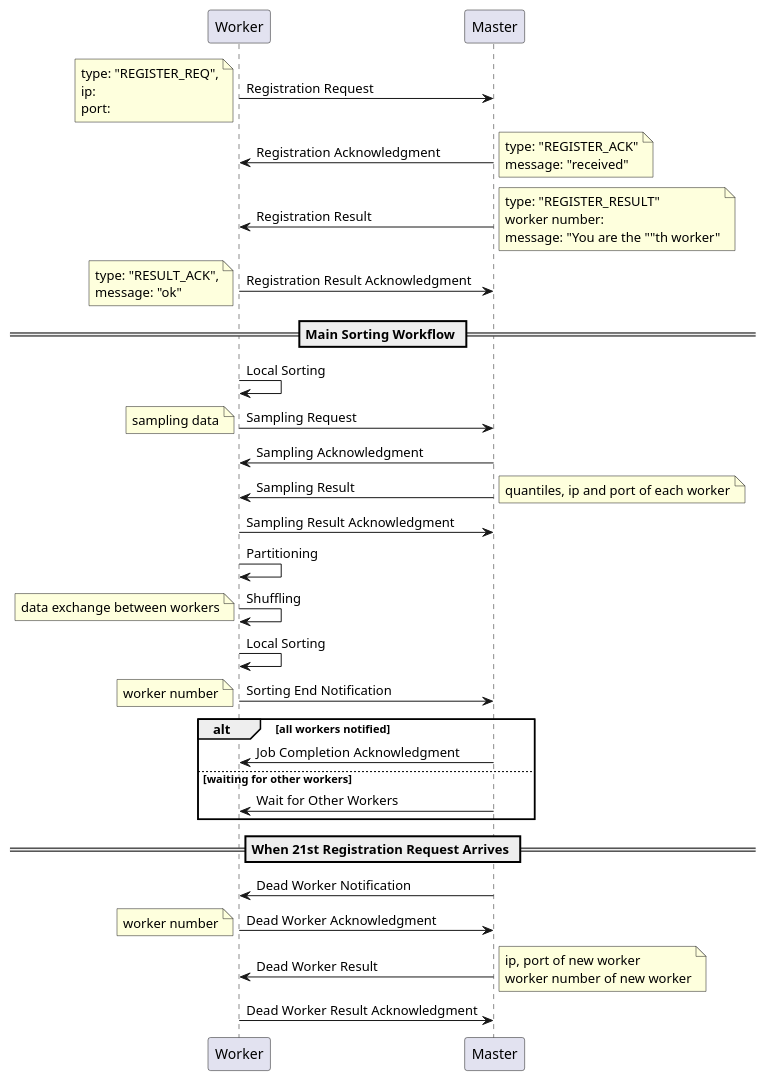
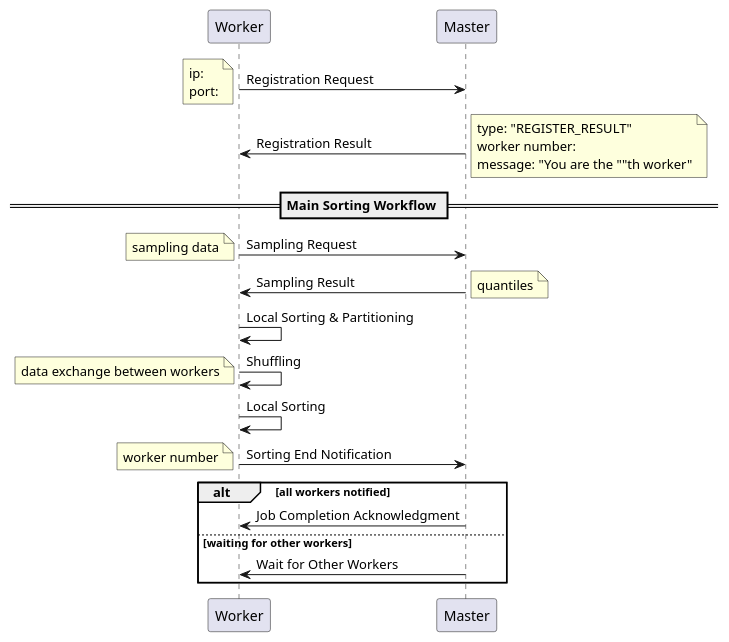
The diagram in doc/PC process/PC process.puml (ksw20020/332project), drawn with PlantUML before and after one commit. The commit also changed 1 other file, not shown here.

Commit message:
Update uml

```diff
--- a/doc/PC process/PC process.puml
+++ b/doc/PC process/PC process.puml
@@ -1,73 +1,45 @@
 @startuml
 
 participant Worker
 participant Master
 
 Worker -> Master: Registration Request
 note left
-    type: "REGISTER_REQ",
     ip:
     port:
-end note
-Master -> Worker: Registration Acknowledgment
-note right
-    type: "REGISTER_ACK"
-    message: "received"
 end note
 Master -> Worker: Registration Result
 note right
     type: "REGISTER_RESULT"
     worker number:
     message: "You are the ""th worker"
 end note
-Worker -> Master: Registration Result Acknowledgment
-note left
-    type: "RESULT_ACK",
-    message: "ok"
-end note
 
 == Main Sorting Workflow ==
-Worker -> Worker : Local Sorting
 
 Worker -> Master: Sampling Request
 note left
     sampling data
 end note
-Master -> Worker: Sampling Acknowledgment
-
 Master -> Worker: Sampling Result
 note right
-    quantiles, ip and port of each worker
+    quantiles
 end note
-Worker -> Master: Sampling Result Acknowledgment
+Worker -> Worker : Local Sorting & Partitioning
 
-Worker -> Worker : Partitioning
 Worker -> Worker : Shuffling
 note left
     data exchange between workers
 end note
 Worker -> Worker : Local Sorting
 Worker -> Master: Sorting End Notification
 note left
     worker number
 end note
 alt all workers notified
     Master -> Worker: Job Completion Acknowledgment
 else waiting for other workers
     Master -> Worker: Wait for Other Workers
 end alt
 
-
-== When 21st Registration Request Arrives ==
-Master -> Worker: Dead Worker Notification
-Worker -> Master: Dead Worker Acknowledgment
-note left
-    worker number
-end note
-Master -> Worker: Dead Worker Result
-note right
-    ip, port of new worker
-    worker number of new worker
-end note
-Worker -> Master: Dead Worker Result Acknowledgment
 @enduml
```
